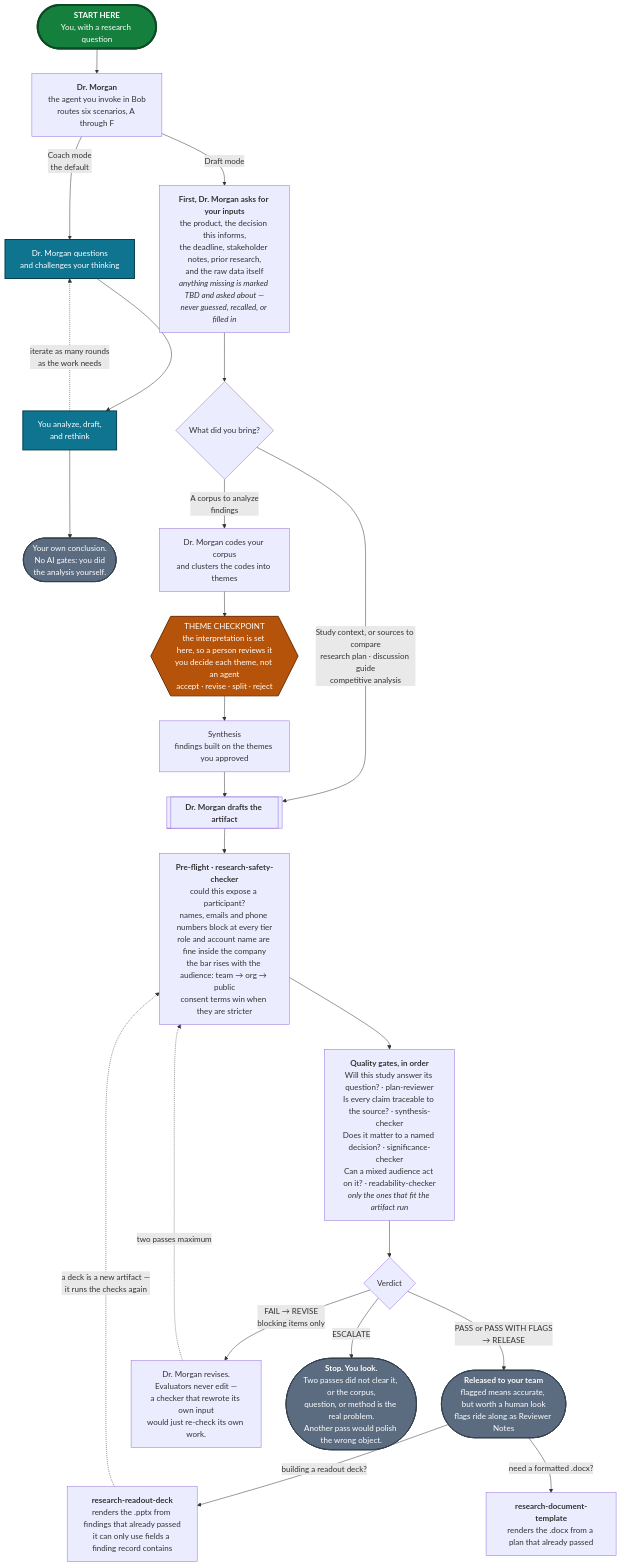
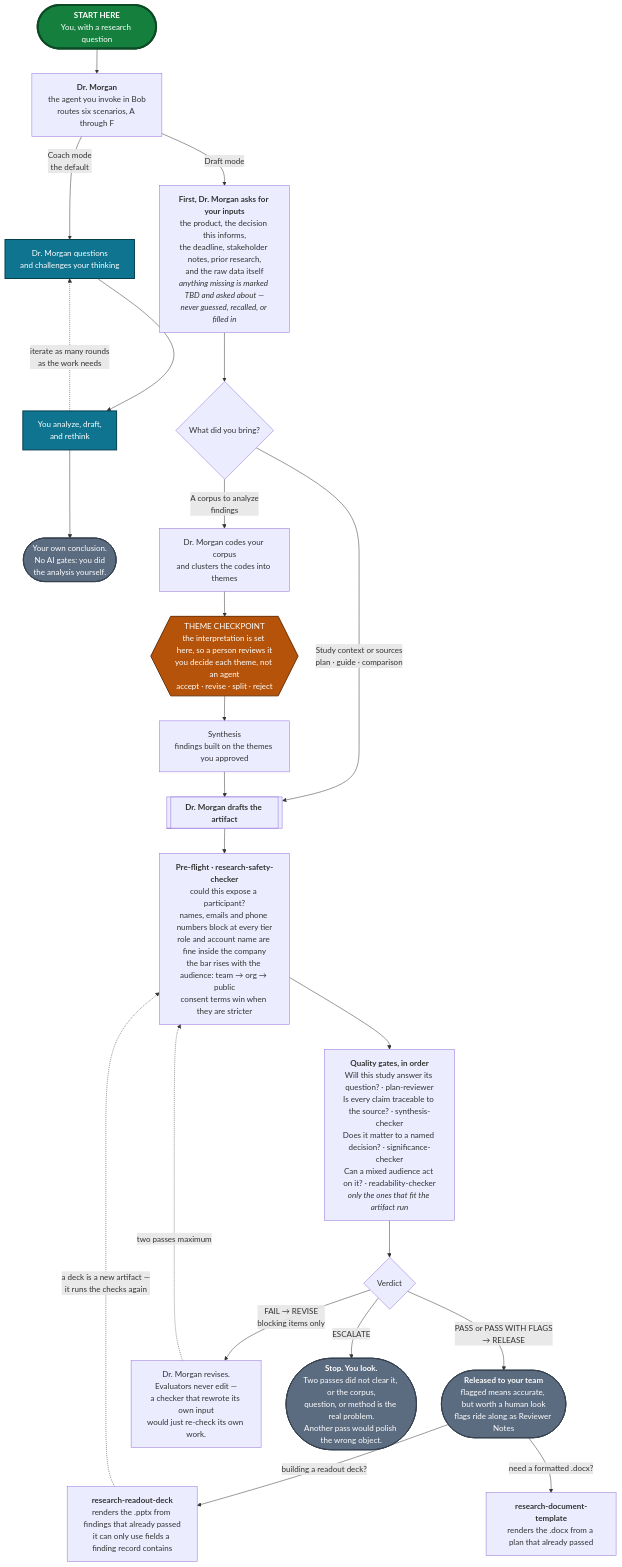
Before and after one commit to kirstenhosic/UX-Research-Skills-IBM-Secure: the diagram in README.md, drawn with Mermaid.

Commit message:
Tighten the draft-mode fork labels
The left branch label ran three lines and sat out beside the theme checkpoint,
close enough to read as attached to it on first pass. It also did not match its
sibling: one branch named artifacts in full, the other did not.

Both are now two lines with the same shape — what you hand over, then what it
produces. "comparison" is already the diagram's word for a competitive
analysis, from the artifact list this fork replaced.

````diff
--- a/README.md
+++ b/README.md
@@ -87,50 +87,50 @@
 ```mermaid
 flowchart TD
     START(["<b>START HERE</b><br/>You, with a research question"])
     START --> DM
 
     DM["<b>Dr. Morgan</b><br/>the agent you invoke in Bob<br/>routes six scenarios, A through F"]
 
     DM -->|"Coach mode<br/>the default"| COACH["Dr. Morgan questions<br/>and challenges your thinking"]
     COACH --> WORK["You analyze, draft,<br/>and rethink"]
     WORK -.->|"iterate as many rounds<br/>as the work needs"| COACH
     WORK --> ENDC(["Your own conclusion.<br/>No AI gates: you did<br/>the analysis yourself."])
 
     DM -->|"Draft mode"| IN["<b>First, Dr. Morgan asks for your inputs</b><br/>the product, the decision this informs,<br/>the deadline, stakeholder notes, prior research,<br/>and the raw data itself<br/><i>anything missing is marked TBD and asked about —<br/>never guessed, recalled, or filled in</i>"]
     IN --> Q{"What did you bring?"}
 
     ART[["<b>Dr. Morgan drafts the artifact</b>"]]
     CL["Dr. Morgan codes your corpus<br/>and clusters the codes into themes"]
 
-    Q -->|"Study context, or sources to compare<br/>research plan · discussion guide<br/>competitive analysis"| ART
+    Q -->|"Study context or sources<br/>plan · guide · comparison"| ART
     Q -->|"A corpus to analyze<br/>findings"| CL
 
     CL --> TC{{"THEME CHECKPOINT<br/>the interpretation is set here, so a person reviews it<br/>you decide each theme, not an agent<br/>accept · revise · split · reject"}}
     TC --> SY["Synthesis<br/>findings built on the themes you approved"]
     SY --> ART
 
     ART --> PF["<b>Pre-flight · research-safety-checker</b><br/>could this expose a participant?<br/>names, emails and phone numbers block at every tier<br/>role and account name are fine inside the company<br/>the bar rises with the audience: team → org → public<br/>consent terms win when they are stricter"]
     PF --> G["<b>Quality gates, in order</b><br/>Will this study answer its question? · plan-reviewer<br/>Is every claim traceable to the source? · synthesis-checker<br/>Does it matter to a named decision? · significance-checker<br/>Can a mixed audience act on it? · readability-checker<br/><i>only the ones that fit the artifact run</i>"]
     G --> V{"Verdict"}
 
     V -->|"PASS or PASS WITH FLAGS<br/>→ RELEASE"| ENDR(["<b>Released to your team</b><br/>flagged means accurate, but worth a human look<br/>flags ride along as Reviewer Notes"])
 
     V -->|"FAIL → REVISE<br/>blocking items only"| RV["Dr. Morgan revises.<br/>Evaluators never edit —<br/>a checker that rewrote its own input<br/>would just re-check its own work."]
     RV -.->|"two passes maximum"| PF
 
     V -->|"ESCALATE"| ENDE(["<b>Stop. You look.</b><br/>Two passes did not clear it, or the corpus,<br/>question, or method is the real problem.<br/>Another pass would polish the wrong object."])
 
     ENDR -->|"building a readout deck?"| SK["<b>research-readout-deck</b><br/>renders the .pptx from findings that already passed<br/>it can only use fields a finding record contains"]
     SK -.->|"a deck is a new artifact —<br/>it runs the checks again"| PF
 
     ENDR -->|"need a formatted .docx?"| DOC["<b>research-document-template</b><br/>renders the .docx from a plan that already passed"]
 
     classDef entry  fill:#15803D,stroke:#0B4A24,stroke-width:4px,color:#FFFFFF
     classDef coach  fill:#0E7490,stroke:#083F4F,stroke-width:2px,color:#FFFFFF
     classDef human  fill:#B45309,stroke:#6E3206,stroke-width:2px,color:#FFFFFF
     classDef ending fill:#5B6B80,stroke:#37424F,stroke-width:2px,color:#FFFFFF
     class START entry
     class COACH,WORK coach
     class TC human
     class ENDC,ENDR,ENDE ending
 ```
````
